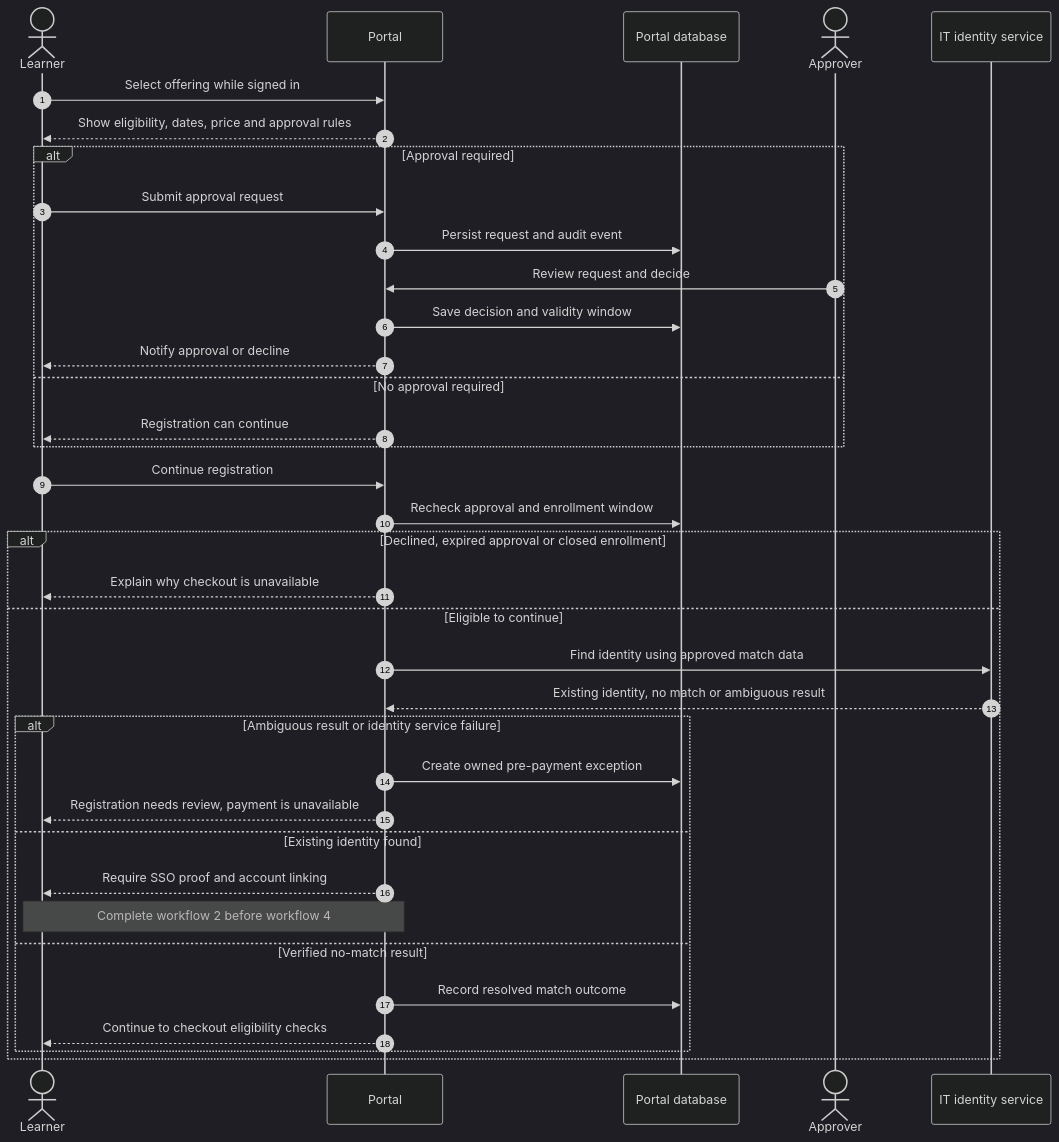
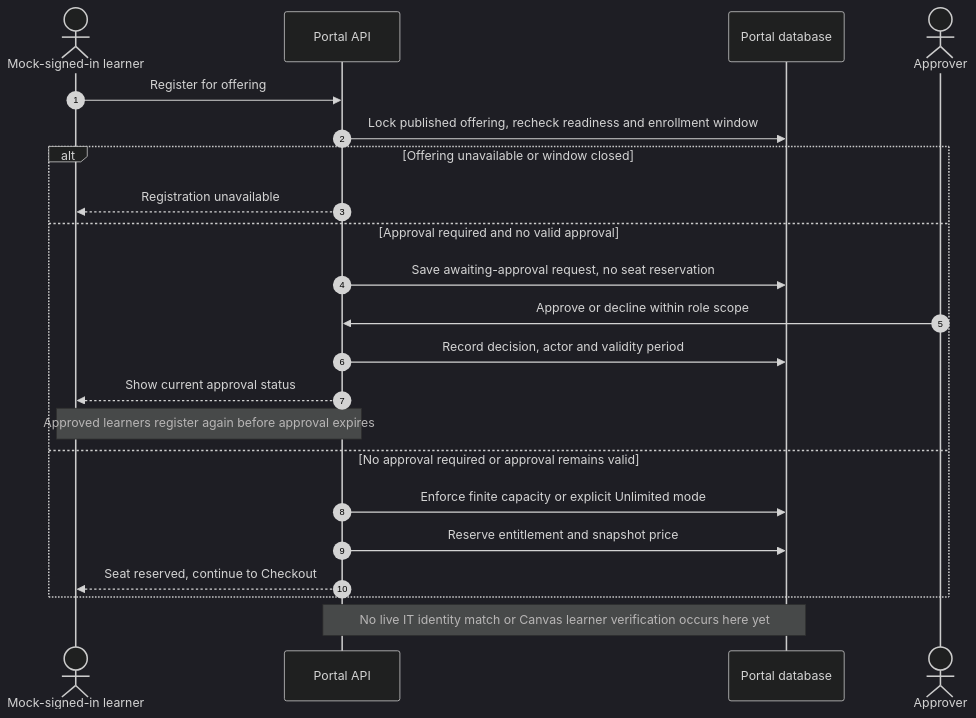
Before and after one commit to dr-grizz/Continuing-Education: the seventh of 14 diagrams in docs/implementation-plan.md, drawn with Mermaid (dark theme). The commit also changed other lines of this file and 74 other files, not shown here.

First line of the commit message:
Implement Canvas OAuth course imports and offering controls

````diff
--- a/docs/implementation-plan.md
+++ b/docs/implementation-plan.md
@@ -465,38 +615,24 @@
 ```mermaid
 sequenceDiagram
     autonumber
-    actor Learner
-    participant Portal
+    actor Learner as Mock-signed-in learner
+    participant Portal as Portal API
     participant DB as Portal database
     actor Approver
-    participant Identity as IT identity service
-    Learner->>Portal: Select offering while signed in
-    Portal-->>Learner: Show eligibility, dates, price and approval rules
-    alt Approval required
-        Learner->>Portal: Submit approval request
-        Portal->>DB: Persist request and audit event
-        Approver->>Portal: Review request and decide
-        Portal->>DB: Save decision and validity window
-        Portal-->>Learner: Notify approval or decline
-    else No approval required
-        Portal-->>Learner: Registration can continue
+    Learner->>Portal: Register for offering
+    Portal->>DB: Lock published offering, recheck readiness and enrollment window
+    alt Offering unavailable or window closed
+        Portal-->>Learner: Registration unavailable
+    else Approval required and no valid approval
+        Portal->>DB: Save awaiting-approval request, no seat reservation
+        Approver->>Portal: Approve or decline within role scope
+        Portal->>DB: Record decision, actor and validity period
+        Portal-->>Learner: Show current approval status
+        Note over Learner,Portal: Approved learners register again before approval expires
+    else No approval required or approval remains valid
+        Portal->>DB: Enforce finite capacity or explicit Unlimited mode
+        Portal->>DB: Reserve entitlement and snapshot price
+        Portal-->>Learner: Seat reserved, continue to Checkout
     end
-    Learner->>Portal: Continue registration
-    Portal->>DB: Recheck approval and enrollment window
-    alt Declined, expired approval or closed enrollment
-        Portal-->>Learner: Explain why checkout is unavailable
-    else Eligible to continue
-        Portal->>Identity: Find identity using approved match data
-        Identity-->>Portal: Existing identity, no match or ambiguous result
-        alt Ambiguous result or identity service failure
-            Portal->>DB: Create owned pre-payment exception
-            Portal-->>Learner: Registration needs review, payment is unavailable
-        else Existing identity found
-            Portal-->>Learner: Require SSO proof and account linking
-            Note over Learner,Portal: Complete workflow 2 before workflow 4
-        else Verified no-match result
-            Portal->>DB: Record resolved match outcome
-            Portal-->>Learner: Continue to checkout eligibility checks
-        end
-    end
+    Note over Portal,DB: No live IT identity match or Canvas learner verification occurs here yet
 ```
````
